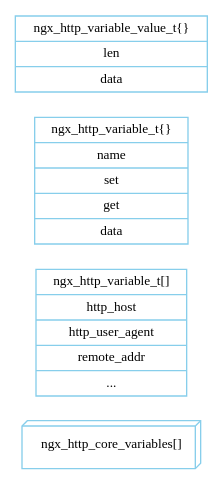
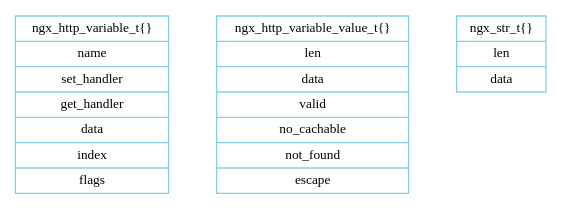
Before and after one commit to lingjf/nginx_analyse: the diagram in doc/Graph/http_variable/http_variable.gv, drawn with Graphviz. The commit also changed 10 other files, not shown here.

```diff
--- a/doc/Graph/http_variable/http_variable.gv
+++ b/doc/Graph/http_variable/http_variable.gv
@@ -1,13 +1,17 @@
-digraph ngx_http_handle_request_header {
+digraph ngx_http_variable {
 
    rankdir=LR;
    node [shape=record, color=skyblue, fontname="Verdana", fontsize=10];
-   edge [color=forestgreen, fontname="Verdana", fontsize=10];
-   
-   ngx_http_core_variables [shape="box3d", label="ngx_http_core_variables\[\]"];
-   ngx_http_variable_array [label="<head>ngx_http_variable_t\[\]|<host>http_host|<user_agent>http_user_agent|<remote_addr>remote_addr|..."];
-   ngx_http_variable_t [label="<head>ngx_http_variable_t\{\}|name|set|get|data"];
-   ngx_http_variable_value_t [label="<head>ngx_http_variable_value_t\{\}|len|data"];
+   edge [color=none, fontname="Verdana", fontsize=10];
    
 
+   ngx_http_variable_t [label="<head>ngx_http_variable_t\{\}|name|set_handler|get_handler|data|index|flags"];
+
+   ngx_http_variable_value_t [label="<head>ngx_http_variable_value_t\{\}|len|data|valid|no_cachable|not_found|escape"];
+
+   ngx_str_t [label="<head>ngx_str_t\{\}|len|data"];
+
+   
+   ngx_http_variable_t:head -> ngx_http_variable_value_t:head -> ngx_str_t:head;
+ 
 }
```
